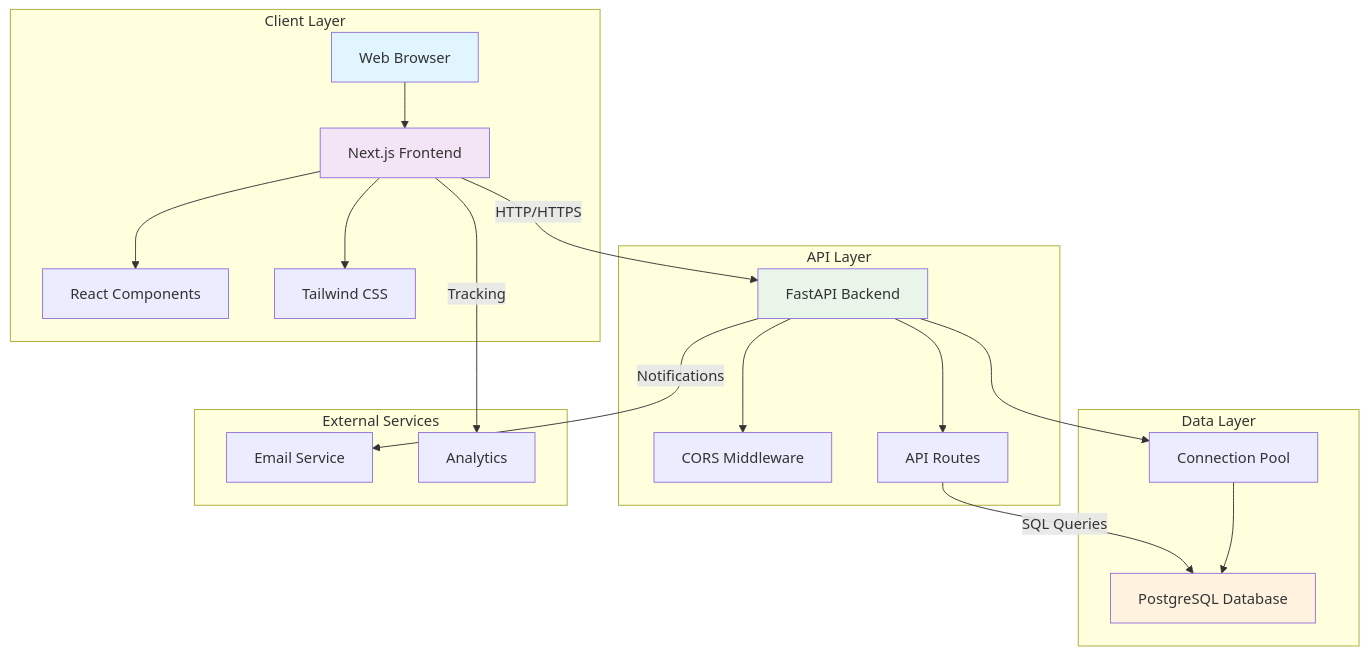
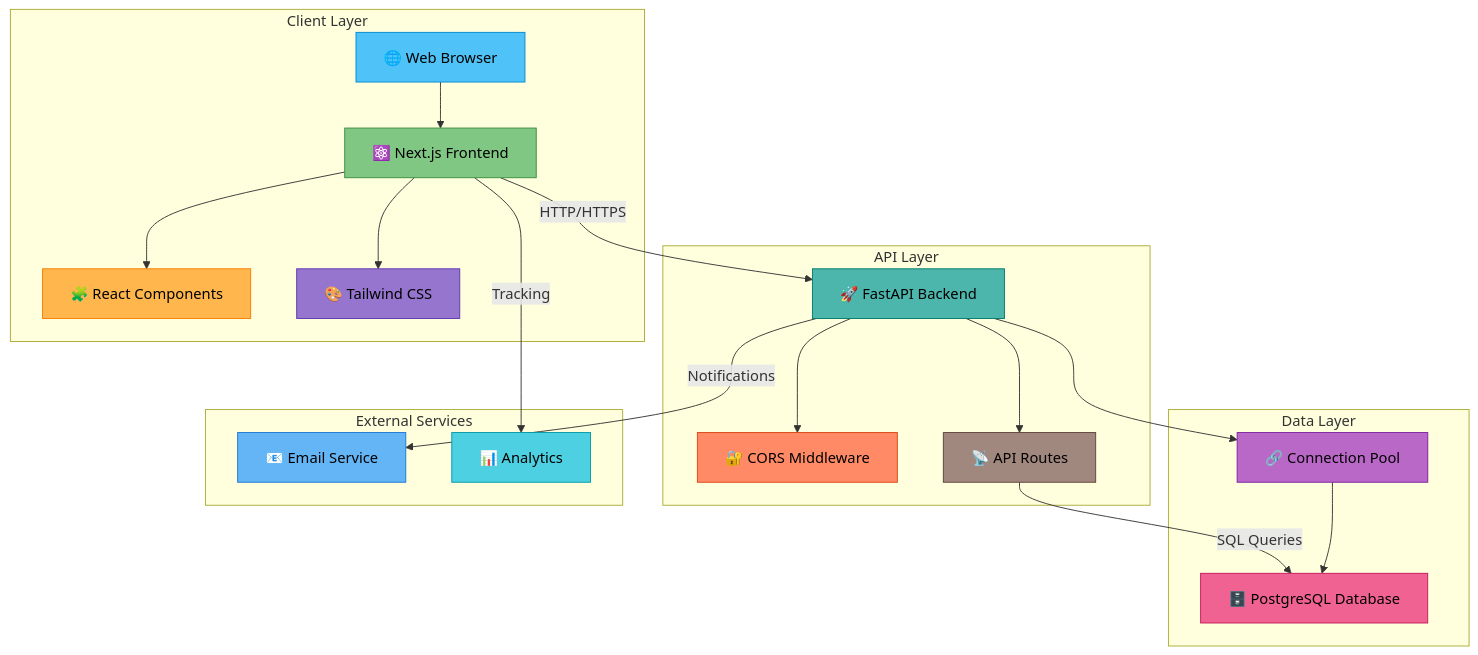
Before and after one commit to merma1509/Portfolio-Website: the first of 5 diagrams in README.md, drawn with Mermaid. The commit also changed other lines of this file, not shown here.

Commit message:
Enhance README.md with beautiful colored Mermaid diagrams and ER diagrams

````diff
--- a/README.md
+++ b/README.md
@@ -65,38 +65,46 @@
 ```mermaid
 graph TB
     subgraph "Client Layer"
-        A[Web Browser] --> B[Next.js Frontend]
-        B --> C[React Components]
-        B --> D[Tailwind CSS]
+        A[🌐 Web Browser] --> B[⚛️ Next.js Frontend]
+        B --> C[🧩 React Components]
+        B --> D[🎨 Tailwind CSS]
     end
     
     subgraph "API Layer"
-        E[FastAPI Backend]
-        F[CORS Middleware]
-        G[API Routes]
+        E[🚀 FastAPI Backend]
+        F[🔐 CORS Middleware]
+        G[📡 API Routes]
         E --> F
         E --> G
     end
     
     subgraph "Data Layer"
-        H[PostgreSQL Database]
-        I[Connection Pool]
+        H[🗄️ PostgreSQL Database]
+        I[🔗 Connection Pool]
         E --> I
         I --> H
     end
     
     subgraph "External Services"
-        J[Email Service]
-        K[Analytics]
+        J[📧 Email Service]
+        K[📊 Analytics]
     end
     
     B -->|HTTP/HTTPS| E
     G -->|SQL Queries| H
     E -->|Notifications| J
     B -->|Tracking| K
     
-    style A fill:#e1f5fe
-    style B fill:#f3e5f5
-    style E fill:#e8f5e8
-    style H fill:#fff3e0
+    %% Beautiful color scheme
+    style A fill:#4FC3F7,stroke:#0288D1,color:#000
+    style B fill:#81C784,stroke:#388E3C,color:#000
+    style C fill:#FFB74D,stroke:#F57C00,color:#000
+    style D fill:#9575CD,stroke:#5E35B1,color:#000
+    style E fill:#4DB6AC,stroke:#00796B,color:#000
+    style F fill:#FF8A65,stroke:#D84315,color:#000
+    style G fill:#A1887F,stroke:#5D4037,color:#000
+    style H fill:#F06292,stroke:#C2185B,color:#000
+    style I fill:#BA68C8,stroke:#7B1FA2,color:#000
+    style J fill:#64B5F6,stroke:#1976D2,color:#000
+    style K fill:#4DD0E1,stroke:#0097A7,color:#000
 ```
````
